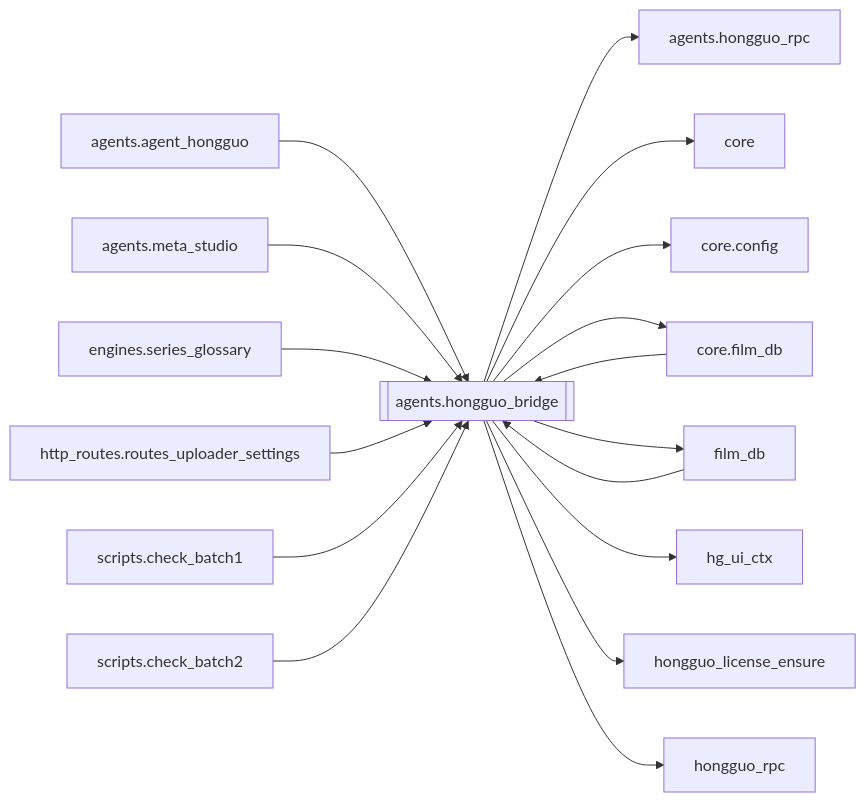
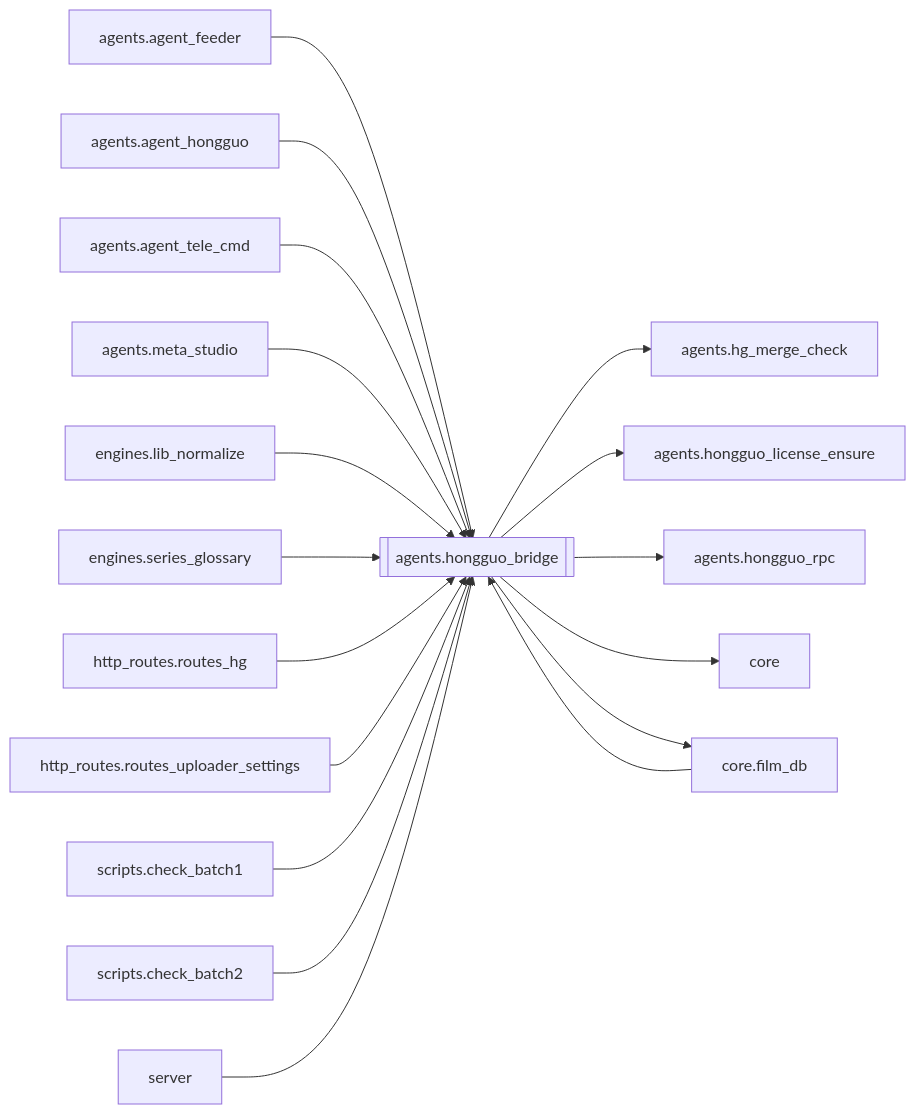
One commit to kjza178/PinelineV5 changed the diagram in docs/brain/modules/agents.hongguo_bridge.md. Above: the diagram before and after it, drawn with Mermaid. The commit also changed other lines of this file and 227 other files, not shown here.

````diff
--- a/docs/brain/modules/agents.hongguo_bridge.md
+++ b/docs/brain/modules/agents.hongguo_bridge.md
@@ -17,20 +17,21 @@
 ```mermaid
 flowchart LR
   agents_hongguo_bridge[[agents.hongguo_bridge]]
+  agents_agent_feeder[agents.agent_feeder] --> agents_hongguo_bridge
   agents_agent_hongguo[agents.agent_hongguo] --> agents_hongguo_bridge
+  agents_agent_tele_cmd[agents.agent_tele_cmd] --> agents_hongguo_bridge
   agents_meta_studio[agents.meta_studio] --> agents_hongguo_bridge
   core_film_db[core.film_db] --> agents_hongguo_bridge
+  engines_lib_normalize[engines.lib_normalize] --> agents_hongguo_bridge
   engines_series_glossary[engines.series_glossary] --> agents_hongguo_bridge
-  film_db[film_db] --> agents_hongguo_bridge
+  http_routes_routes_hg[http_routes.routes_hg] --> agents_hongguo_bridge
   http_routes_routes_uploader_settings[http_routes.routes_uploader_settings] --> agents_hongguo_bridge
   scripts_check_batch1[scripts.check_batch1] --> agents_hongguo_bridge
   scripts_check_batch2[scripts.check_batch2] --> agents_hongguo_bridge
+  server[server] --> agents_hongguo_bridge
+  agents_hongguo_bridge --> agents_hg_merge_check[agents.hg_merge_check]
+  agents_hongguo_bridge --> agents_hongguo_license_ensure[agents.hongguo_license_ensure]
   agents_hongguo_bridge --> agents_hongguo_rpc[agents.hongguo_rpc]
   agents_hongguo_bridge --> core[core]
-  agents_hongguo_bridge --> core_config[core.config]
   agents_hongguo_bridge --> core_film_db[core.film_db]
-  agents_hongguo_bridge --> film_db[film_db]
-  agents_hongguo_bridge --> hg_ui_ctx[hg_ui_ctx]
-  agents_hongguo_bridge --> hongguo_license_ensure[hongguo_license_ensure]
-  agents_hongguo_bridge --> hongguo_rpc[hongguo_rpc]
 ```
````
